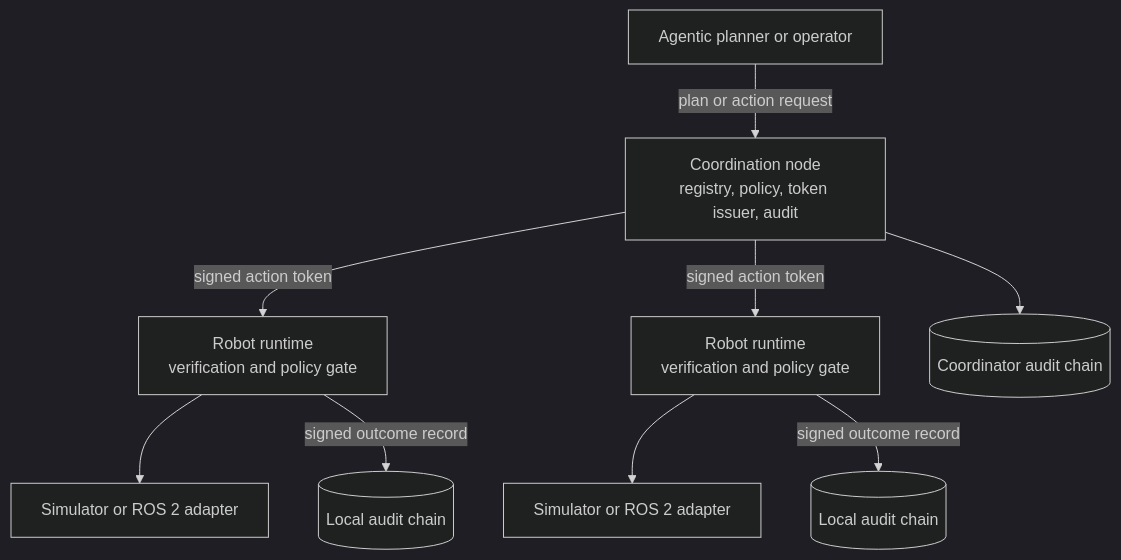
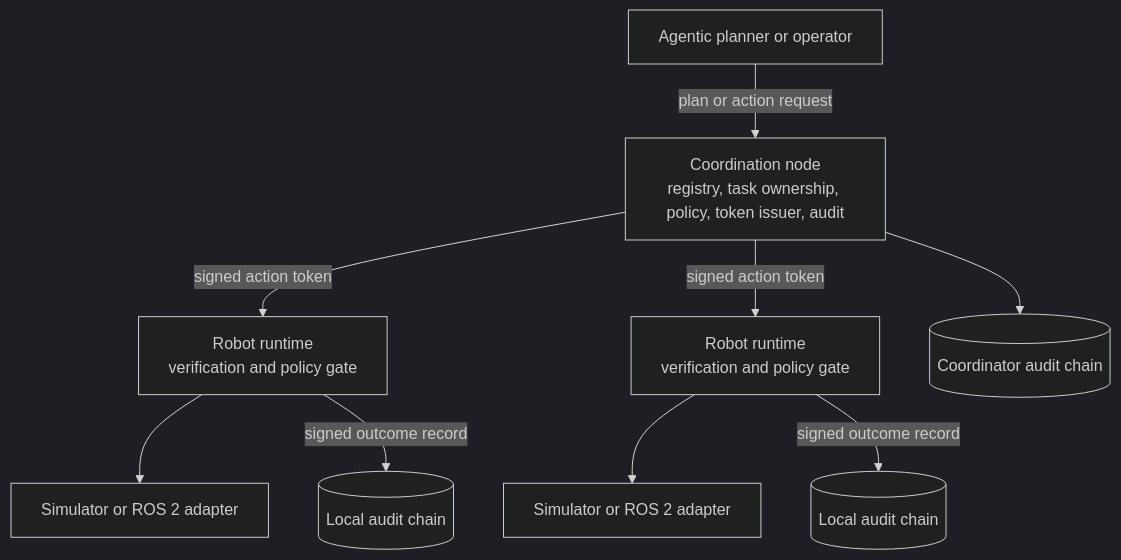
The first of 2 diagrams in README.md (exocognosis/SPACL), drawn with Mermaid (dark theme) before and after one commit. The commit also changed other lines of this file and 11 other files, not shown here.

Commit message:
Add shared task ownership and multi-agent flow

````diff
--- a/README.md
+++ b/README.md
@@ -88,12 +88,12 @@
 ```mermaid
 flowchart TB
     P[Agentic planner or operator] -->|plan or action request| C
-    C[Coordination node<br/>registry, policy, token issuer, audit]
+    C[Coordination node<br/>registry, task ownership, policy, token issuer, audit]
     C -->|signed action token| R1
     C -->|signed action token| R2
     R1[Robot runtime<br/>verification and policy gate] --> A1[Simulator or ROS 2 adapter]
     R2[Robot runtime<br/>verification and policy gate] --> A2[Simulator or ROS 2 adapter]
     R1 -->|signed outcome record| L1[(Local audit chain)]
     R2 -->|signed outcome record| L2[(Local audit chain)]
     C --> L0[(Coordinator audit chain)]
 ```
````
